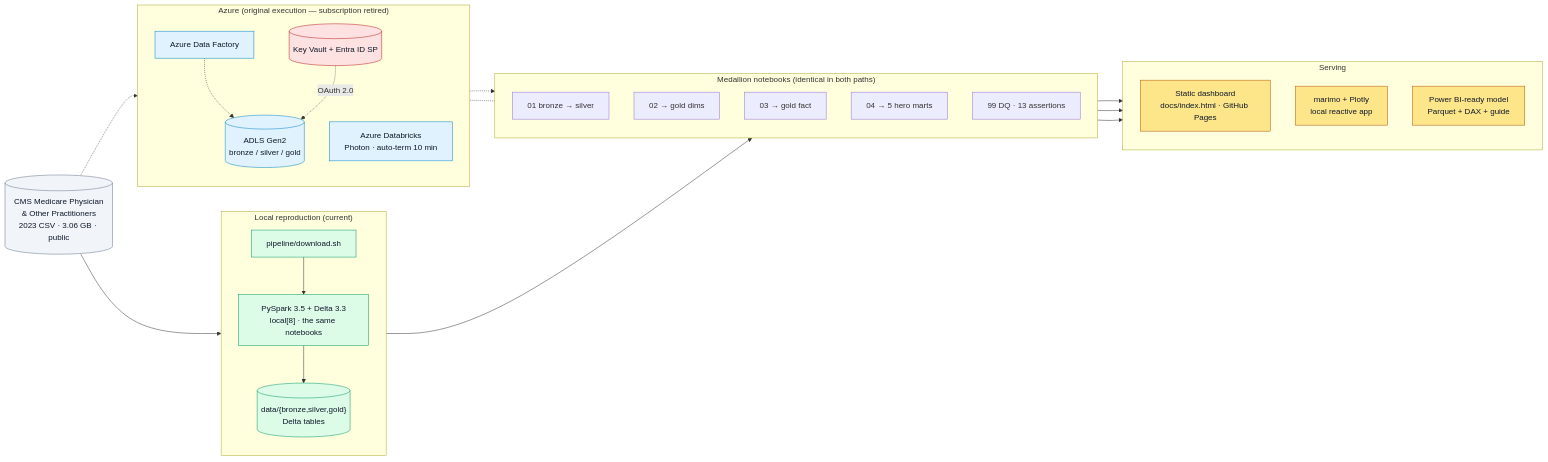
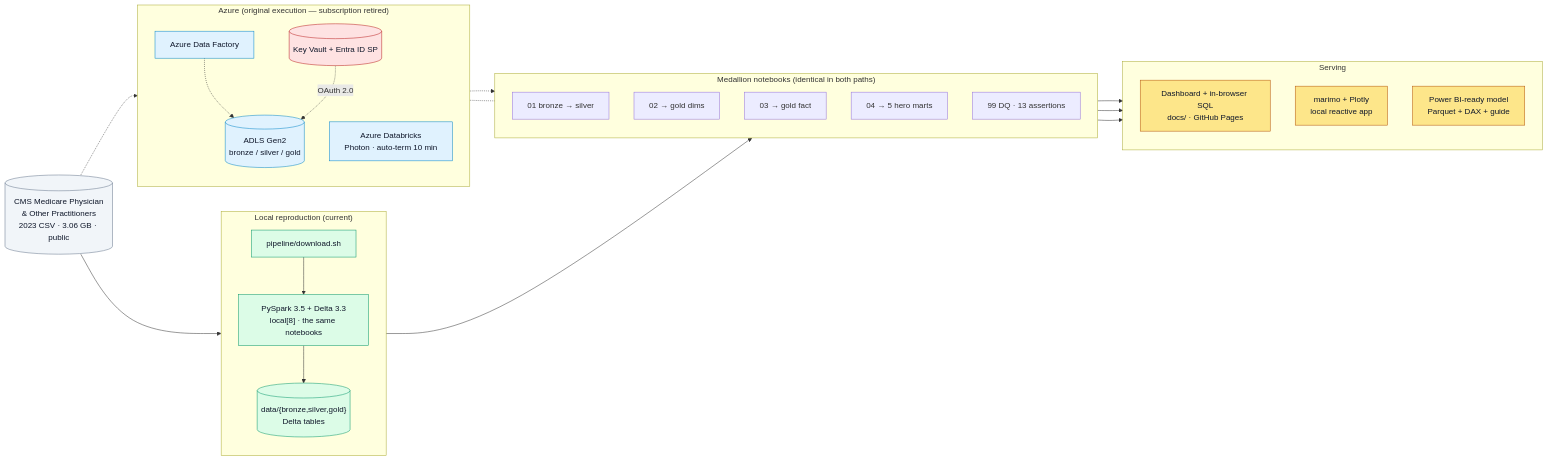
The diagram in README.md (DiazSk/healthcare-lakehouse-azure), drawn with Mermaid before and after one commit. The commit also changed other lines of this file, not shown here.

First line of the commit message:
docs(readme): describe the in-browser query layer

````diff
--- a/README.md
+++ b/README.md
@@ -38,51 +39,51 @@
 ```mermaid
 flowchart LR
     CMS[("CMS Medicare Physician<br/>& Other Practitioners<br/>2023 CSV · 3.06 GB · public")]:::source
 
     subgraph LOCAL["Local reproduction (current)"]
         direction TB
         DL["pipeline/download.sh"]:::local
         LSPARK["PySpark 3.5 + Delta 3.3<br/>local[8] · the same notebooks"]:::local
         LDATA[("data/{bronze,silver,gold}<br/>Delta tables")]:::local
     end
 
     subgraph AZ["Azure (original execution — subscription retired)"]
         direction TB
         ADF["Azure Data Factory"]:::azure
         DBX["Azure Databricks<br/>Photon · auto-term 10 min"]:::azure
         LAKE[("ADLS Gen2<br/>bronze / silver / gold")]:::azure
         KV[("Key Vault + Entra ID SP")]:::secret
     end
 
     subgraph NB["Medallion notebooks (identical in both paths)"]
         direction TB
         N1["01 bronze → silver"]
         N2["02 → gold dims"]
         N3["03 → gold fact"]
         N4["04 → 5 hero marts"]
         N5["99 DQ · 13 assertions"]
     end
 
     subgraph VIZ["Serving"]
         direction TB
-        WEB["Static dashboard<br/>docs/index.html · GitHub Pages"]:::viz
+        WEB["Dashboard + in-browser SQL<br/>docs/ · GitHub Pages"]:::viz
         MAR["marimo + Plotly<br/>local reactive app"]:::viz
         PBI["Power BI-ready model<br/>Parquet + DAX + guide"]:::viz
     end
 
     CMS --> DL --> LSPARK --> LDATA
     CMS -.-> ADF -.-> LAKE
     LDATA --> NB
     LAKE -.-> NB
     DBX -.- NB
     KV -.->|"OAuth 2.0"| LAKE
     NB --> WEB
     NB --> MAR
     NB --> PBI
 
     classDef source  fill:#F1F5F9,stroke:#64748B,color:#0F172A
     classDef azure   fill:#E0F2FE,stroke:#0284C7,color:#0F172A
     classDef local   fill:#DCFCE7,stroke:#059669,color:#0F172A
     classDef secret  fill:#FEE2E2,stroke:#B91C1C,color:#0F172A
     classDef viz     fill:#FDE68A,stroke:#B45309,color:#0F172A
 ```
````
